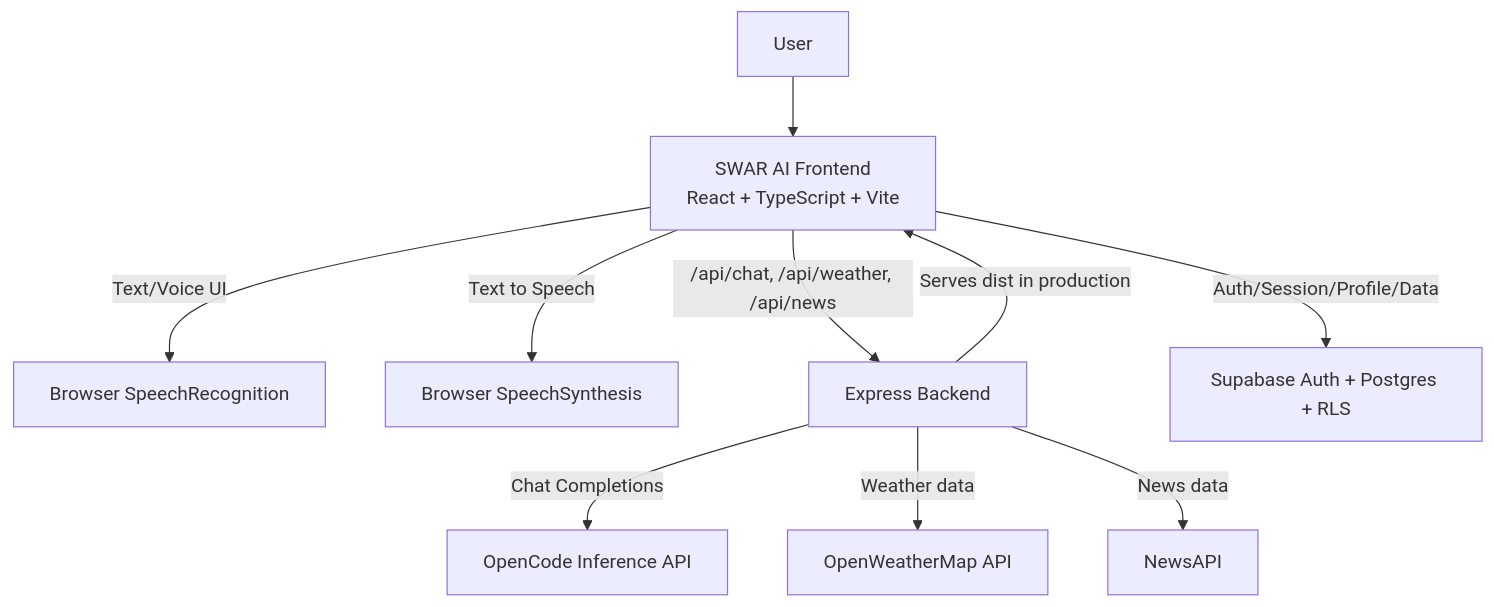
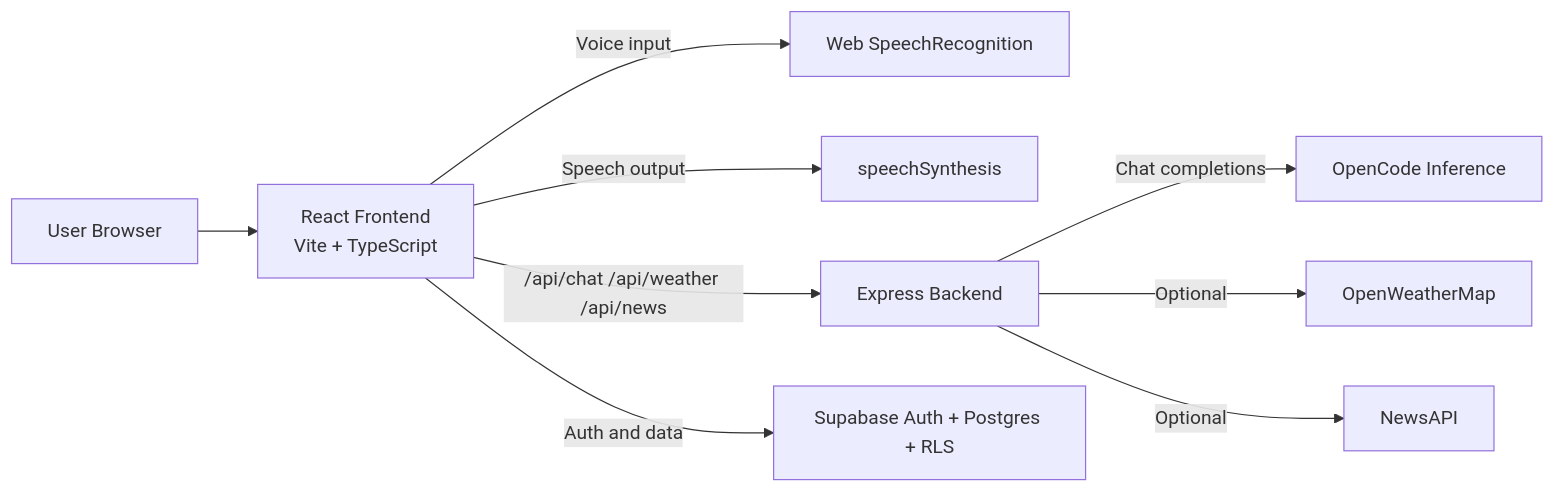
One commit to yenuglaganesh-dev/swar-ai- changed the diagram in README.md. Above: the diagram before and after it, drawn with Mermaid. The commit also changed other lines of this file and 27 other files, not shown here.

````diff
--- a/README.md
+++ b/README.md
@@ -147,12 +166,11 @@
 ```mermaid
-flowchart TD
-    U[User] --> FE[SWAR AI Frontend\nReact + TypeScript + Vite]
-    FE -->|Text/Voice UI| SR[Browser SpeechRecognition]
-    FE -->|Text to Speech| TTS[Browser SpeechSynthesis]
-    FE -->|/api/chat, /api/weather, /api/news| BE[Express Backend]
-    BE -->|Chat Completions| OAI[OpenCode Inference API]
-    BE -->|Weather data| OW[OpenWeatherMap API]
-    BE -->|News data| NEWS[NewsAPI]
-    FE -->|Auth/Session/Profile/Data| SB[Supabase Auth + Postgres + RLS]
-    BE -->|Serves dist in production| FE
+flowchart LR
+    U[User Browser] --> FE[React Frontend\nVite + TypeScript]
+    FE -->|Voice input| SR[Web SpeechRecognition]
+    FE -->|Speech output| TTS[speechSynthesis]
+    FE -->|/api/chat /api/weather /api/news| BE[Express Backend]
+    FE -->|Auth and data| SB[Supabase Auth + Postgres + RLS]
+    BE -->|Chat completions| AI[OpenCode Inference]
+    BE -->|Optional| OW[OpenWeatherMap]
+    BE -->|Optional| NEWS[NewsAPI]
 ```
````
